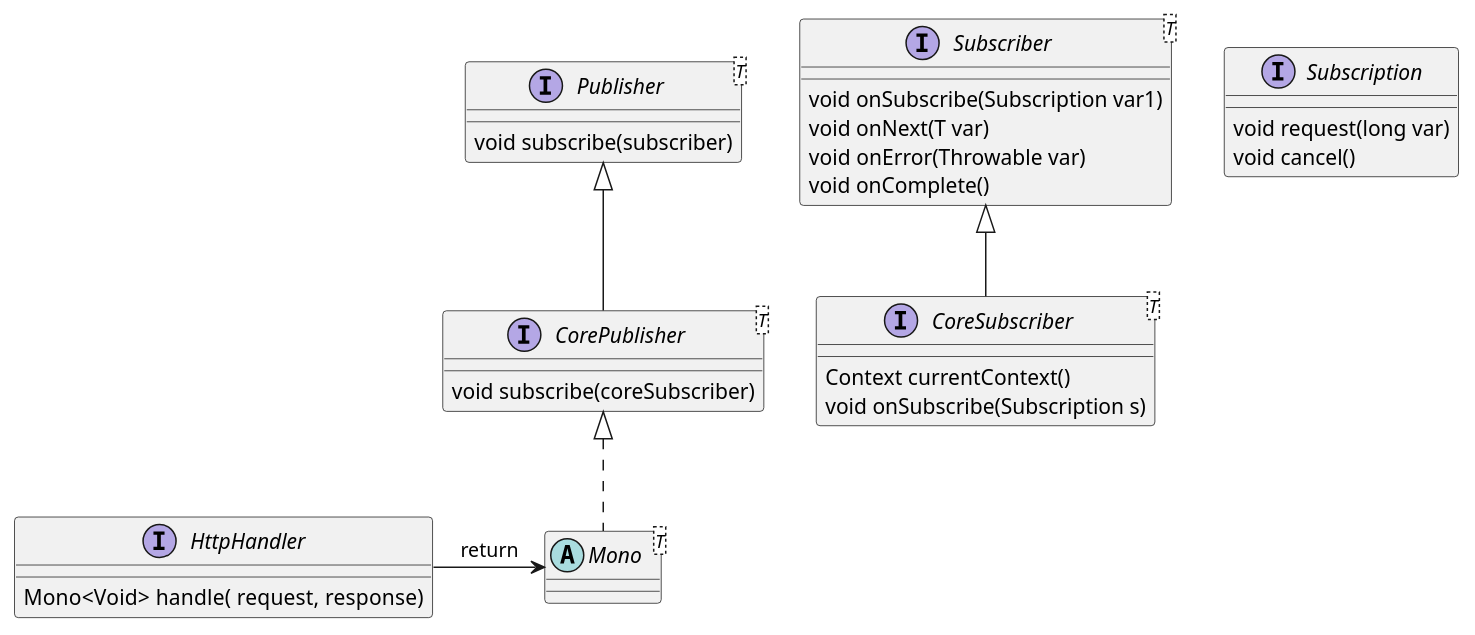
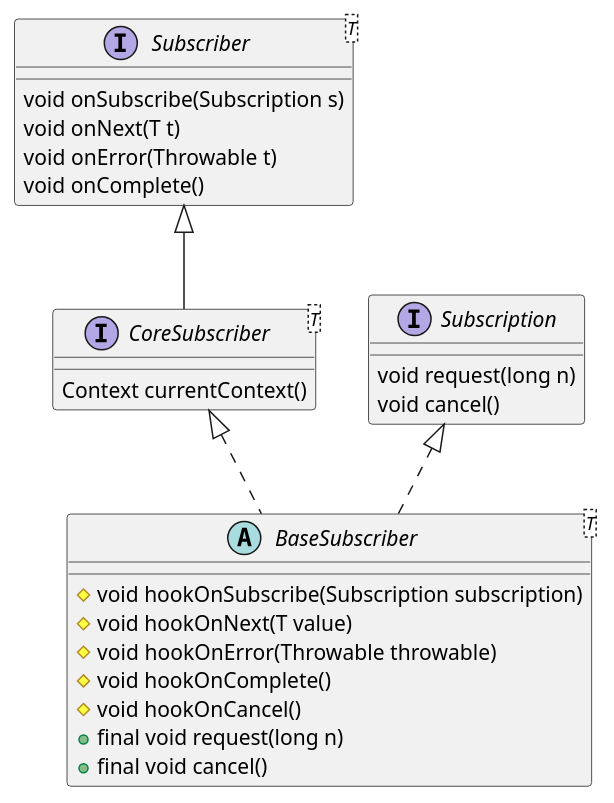
Before and after one commit to kevinwang930/kevinwang930.github.io: the second of 3 diagrams in content/post/java/reactor.md, drawn with PlantUML. The commit also changed other lines of this file and 2 other files, not shown here.

````diff
--- a/content/post/java/reactor.md
+++ b/content/post/java/reactor.md
@@ -51,38 +151,27 @@
 ```plantuml
-interface HttpHandler {
-    Mono<Void> handle( request,  response)
-}
-
-interface Publisher<T> {
-    void subscribe(subscriber)
-}
-
-interface CorePublisher<T> extends Publisher {
-    void subscribe(coreSubscriber)
-}
-
 interface Subscriber<T> {
-    void onSubscribe(Subscription var1)
-    void onNext(T var)
-    void onError(Throwable var)
+    void onSubscribe(Subscription s)
+    void onNext(T t)
+    void onError(Throwable t)
     void onComplete()
 }
 
 interface CoreSubscriber<T> extends Subscriber {
-
     Context currentContext()
-    void onSubscribe(Subscription s)
 }
 
 interface Subscription {
-    void request(long var)
+    void request(long n)
     void cancel()
 }
 
-
-abstract class Mono<T> implements CorePublisher {
-
+abstract class BaseSubscriber<T> implements CoreSubscriber, Subscription {
+    # void hookOnSubscribe(Subscription subscription)
+    # void hookOnNext(T value)
+    # void hookOnError(Throwable throwable)
+    # void hookOnComplete()
+    # void hookOnCancel()
+    + final void request(long n)
+    + final void cancel()
 }
-
-HttpHandler -right-> Mono : return
 ```
````
